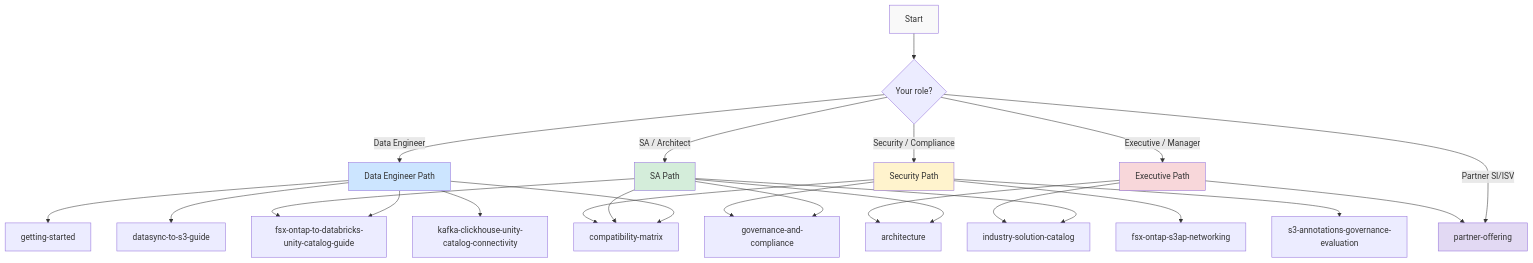
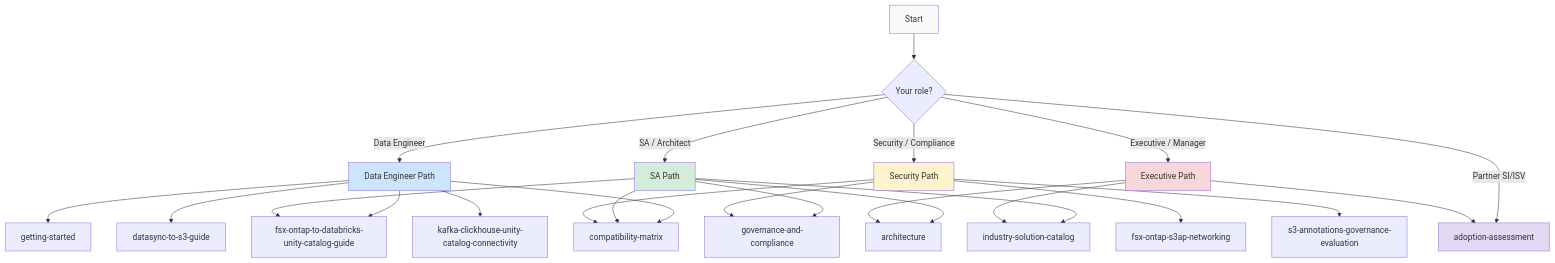
Before and after one commit to Yoshiki0705/fsxn-lakehouse-integrations: the first of 3 diagrams in docs/en/reading-path-guide.md, drawn with Mermaid. The commit also changed other lines of this file and 125 other files, not shown here.

````diff
--- a/docs/en/reading-path-guide.md
+++ b/docs/en/reading-path-guide.md
@@ -12,38 +12,38 @@
 ```mermaid
 graph TD
     START[Start] --> ROLE{Your role?}
     
     ROLE -->|Data Engineer| DE[Data Engineer Path]
     ROLE -->|SA / Architect| SA[SA Path]
     ROLE -->|Security / Compliance| SEC[Security Path]
     ROLE -->|Executive / Manager| EXEC[Executive Path]
     ROLE -->|Partner SI/ISV| PARTNER[Partner Path]
     
     DE --> GS[getting-started]
     DE --> CM[compatibility-matrix]
     DE --> UC[fsx-ontap-to-databricks-unity-catalog-guide]
     DE --> DS[datasync-to-s3-guide]
     DE --> KF[kafka-clickhouse-unity-catalog-connectivity]
     
     SA --> ARCH[architecture]
     SA --> UC
     SA --> CM
     SA --> GOV[governance-and-compliance]
     SA --> IND[industry-solution-catalog]
     
     SEC --> GOV
     SEC --> CM
     SEC --> NET[fsx-ontap-s3ap-networking]
     SEC --> ANN[s3-annotations-governance-evaluation]
     
     EXEC --> IND
     EXEC --> ARCH
-    EXEC --> PARTNER[partner-offering]
+    EXEC --> PARTNER[adoption-assessment]
     
     style START fill:#f9f9f9
     style DE fill:#cce5ff
     style SA fill:#d4edda
     style SEC fill:#fff3cd
     style EXEC fill:#f8d7da
     style PARTNER fill:#e2d9f3
 ```
````
